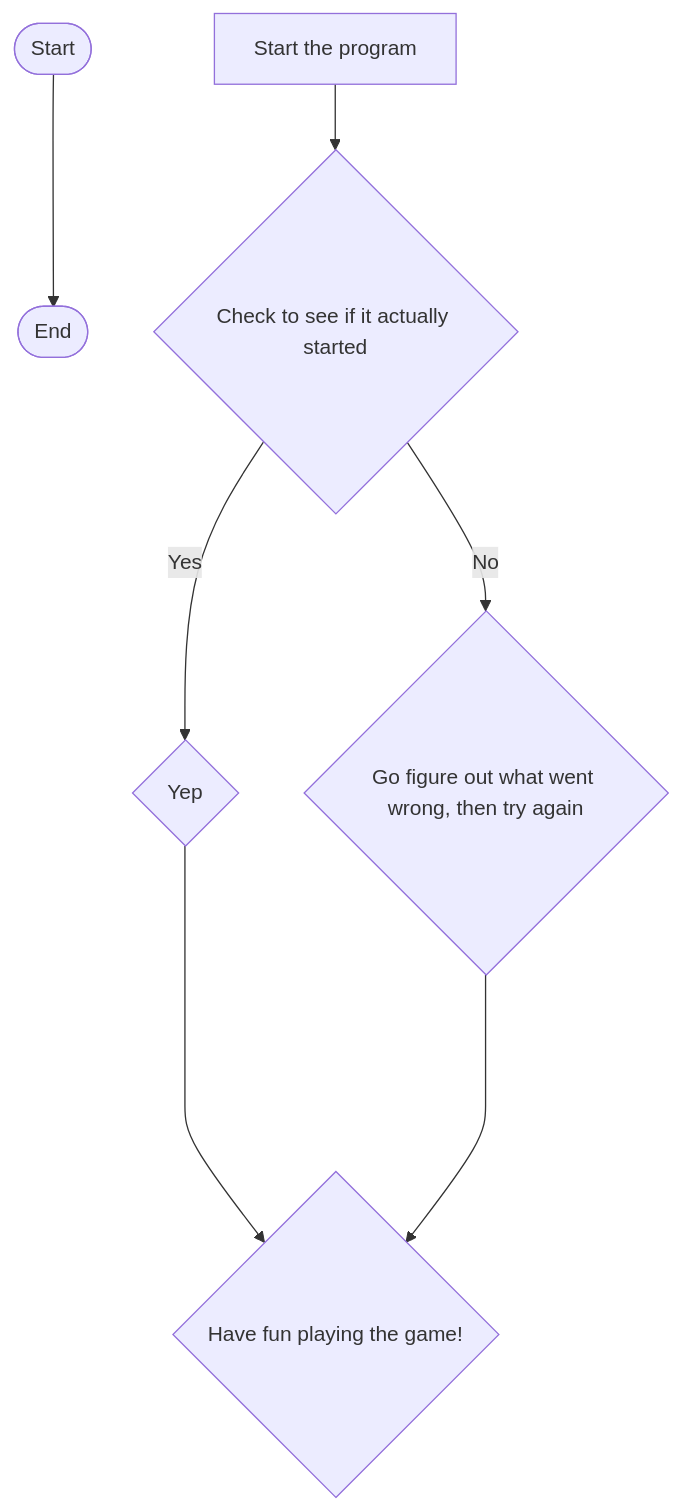
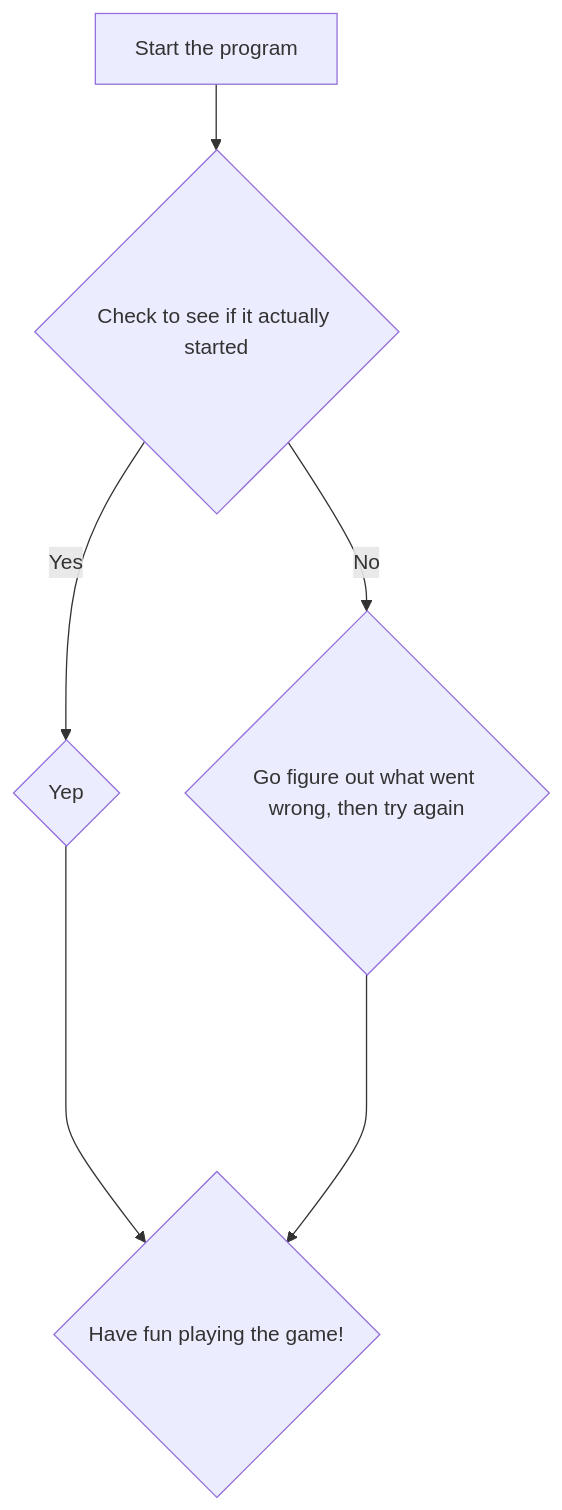
Before and after one commit to NathanJ-NET/Web-PGM-Class: the diagram in guessing.md, drawn with Mermaid.

Commit message:
Update guessing.md
Fixed extra text that had no purpose

````diff
--- a/guessing.md
+++ b/guessing.md
@@ -1,9 +1,8 @@
 ```mermaid
 flowchart TD
-  Start([Start]) --> End([End])
   A[Start the program] --> B{Check to see if it actually started}
   B -- Yes --> C{Yep};
   B -- No --> D{Go figure out what went wrong, then try again};
   C ----> E{Have fun playing the game!};
   D ----> E{Have fun playing the game!};
 ```
````
